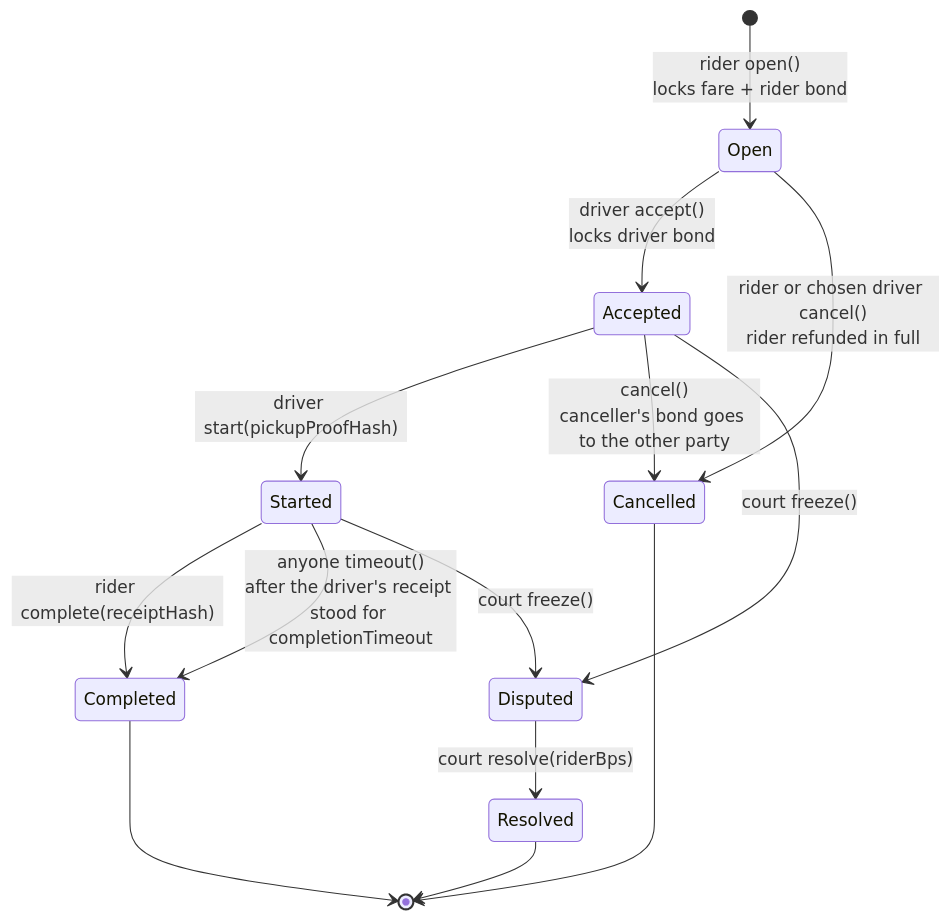
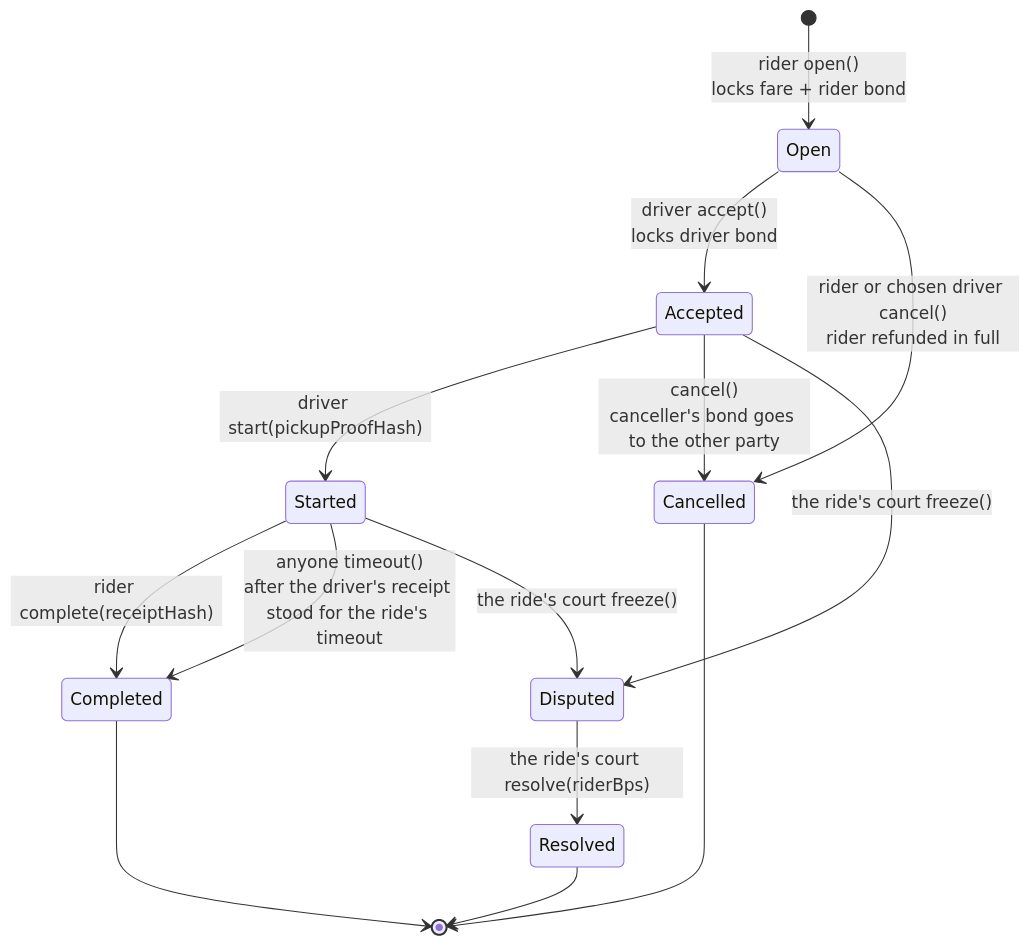
Before and after one commit to MuriloSchaefer/klippelgo: the second of 3 diagrams in contracts/docs/overview.md, drawn with Mermaid. The commit also changed other lines of this file and 34 other files, not shown here.

````diff
--- a/contracts/docs/overview.md
+++ b/contracts/docs/overview.md
@@ -81,16 +88,16 @@
 ```mermaid
 stateDiagram-v2
     [*] --> Open: rider open()<br/>locks fare + rider bond
     Open --> Accepted: driver accept()<br/>locks driver bond
     Open --> Cancelled: rider or chosen driver cancel()<br/>rider refunded in full
     Accepted --> Started: driver start(pickupProofHash)
     Accepted --> Cancelled: cancel()<br/>canceller's bond goes to the other party
     Started --> Completed: rider complete(receiptHash)
-    Started --> Completed: anyone timeout()<br/>after the driver's receipt stood for completionTimeout
-    Accepted --> Disputed: court freeze()
-    Started --> Disputed: court freeze()
-    Disputed --> Resolved: court resolve(riderBps)
+    Started --> Completed: anyone timeout()<br/>after the driver's receipt stood for the ride's timeout
+    Accepted --> Disputed: the ride's court freeze()
+    Started --> Disputed: the ride's court freeze()
+    Disputed --> Resolved: the ride's court resolve(riderBps)
     Completed --> [*]
     Cancelled --> [*]
     Resolved --> [*]
 ```
````
